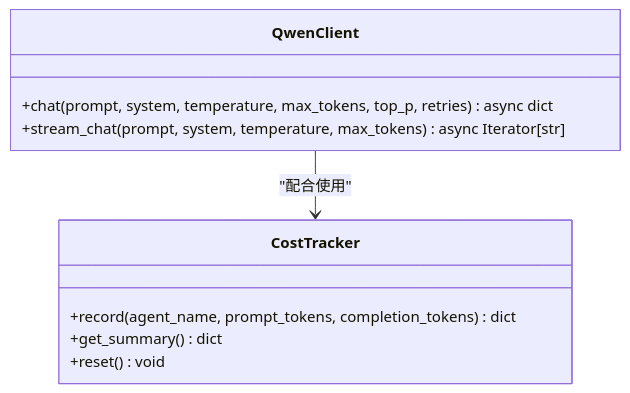
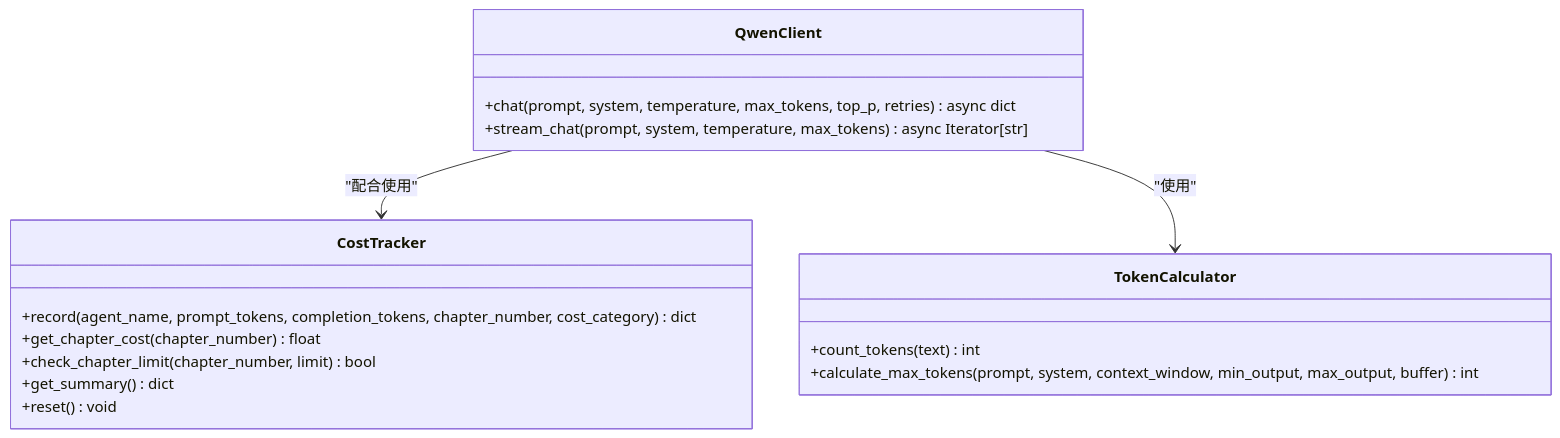
The eighth of 12 diagrams in .qoder/repowiki/zh/content/AI智能体系统/Agent管理器核心.md (xfbyxq/ai-novel-system), drawn with Mermaid before and after one commit. The commit also changed other lines of this file and 1 other file, not shown here.

First line of the commit message:
feat(agent-core): 新增章节级成本追踪与分类功能

````diff
--- a/.qoder/repowiki/zh/content/AI智能体系统/Agent管理器核心.md
+++ b/.qoder/repowiki/zh/content/AI智能体系统/Agent管理器核心.md
@@ -417,13 +440,20 @@
 ```mermaid
 classDiagram
 class QwenClient {
 +chat(prompt, system, temperature, max_tokens, top_p, retries) async dict
 +stream_chat(prompt, system, temperature, max_tokens) async Iterator[str]
 }
 class CostTracker {
-+record(agent_name, prompt_tokens, completion_tokens) dict
++record(agent_name, prompt_tokens, completion_tokens, chapter_number, cost_category) dict
++get_chapter_cost(chapter_number) float
++check_chapter_limit(chapter_number, limit) bool
 +get_summary() dict
 +reset() void
 }
+class TokenCalculator {
++count_tokens(text) int
++calculate_max_tokens(prompt, system, context_window, min_output, max_output, buffer) int
+}
 QwenClient --> CostTracker : "配合使用"
+QwenClient --> TokenCalculator : "使用"
 ```
````
